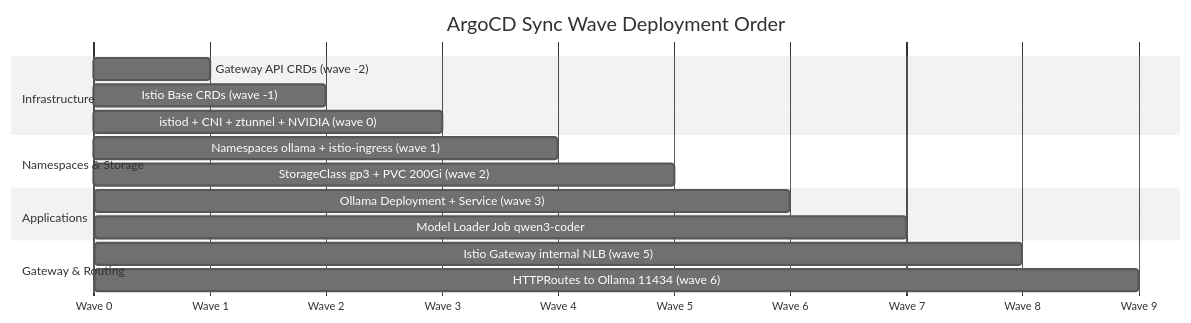
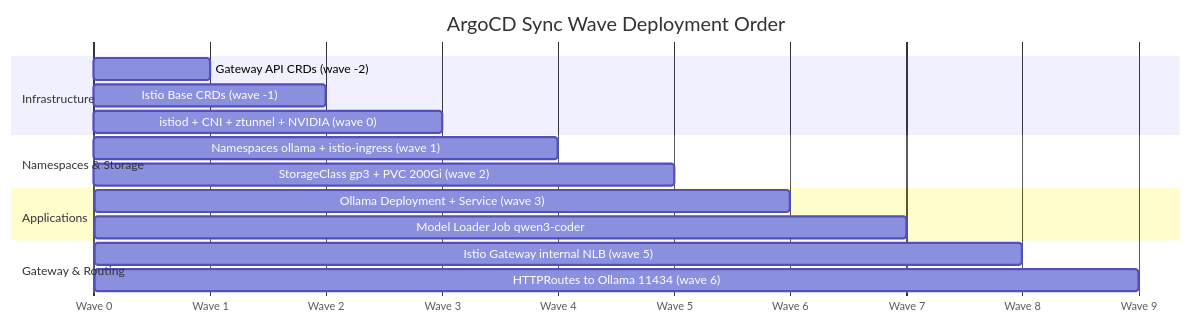
The third of 4 diagrams in README.md (shanaka-versent/Ollama-on-EKS), drawn with Mermaid before and after one commit. The commit also changed other lines of this file, not shown here.

Commit message:
docs: consolidate ArgoCD into dedicated section, match munchgo diagram style

````diff
--- a/README.md
+++ b/README.md
@@ -455,24 +486,23 @@
 ```mermaid
-%%{init: {'theme': 'neutral', 'themeVariables': {'primaryColor': '#ECECFF', 'primaryBorderColor': '#9370DB', 'lineColor': '#666', 'secondaryColor': '#ffffde'}}}%%
 gantt
     title ArgoCD Sync Wave Deployment Order
     dateFormat X
     axisFormat Wave %s
 
     section Infrastructure
     Gateway API CRDs (wave -2)                :a1, 0, 1
     Istio Base CRDs (wave -1)                 :a2, 1, 2
     istiod + CNI + ztunnel + NVIDIA (wave 0)  :a3, 2, 3
 
     section Namespaces & Storage
     Namespaces ollama + istio-ingress (wave 1) :b1, 3, 4
     StorageClass gp3 + PVC 200Gi (wave 2)     :b2, 4, 5
 
     section Applications
     Ollama Deployment + Service (wave 3)       :c1, 5, 6
     Model Loader Job qwen3-coder:30b (wave 4)  :c2, 6, 7
 
     section Gateway & Routing
     Istio Gateway internal NLB (wave 5)        :d1, 7, 8
     HTTPRoutes to Ollama 11434 (wave 6)        :d2, 8, 9
 ```
````
